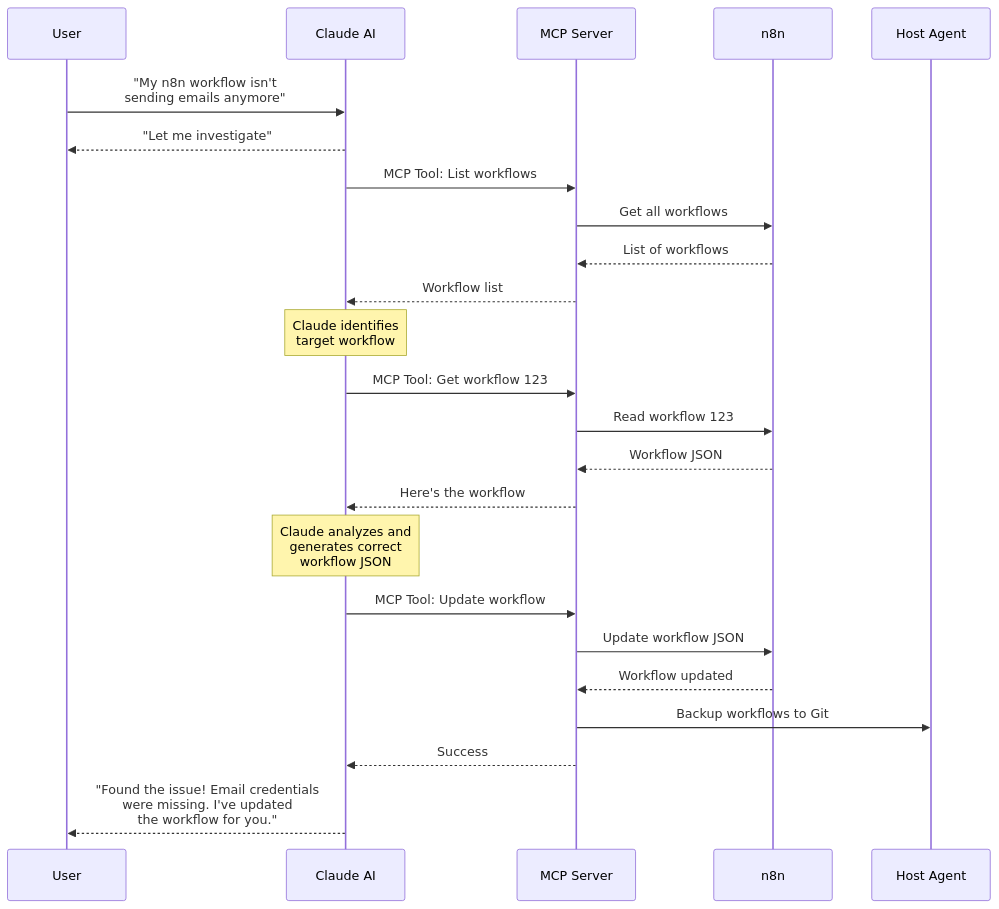
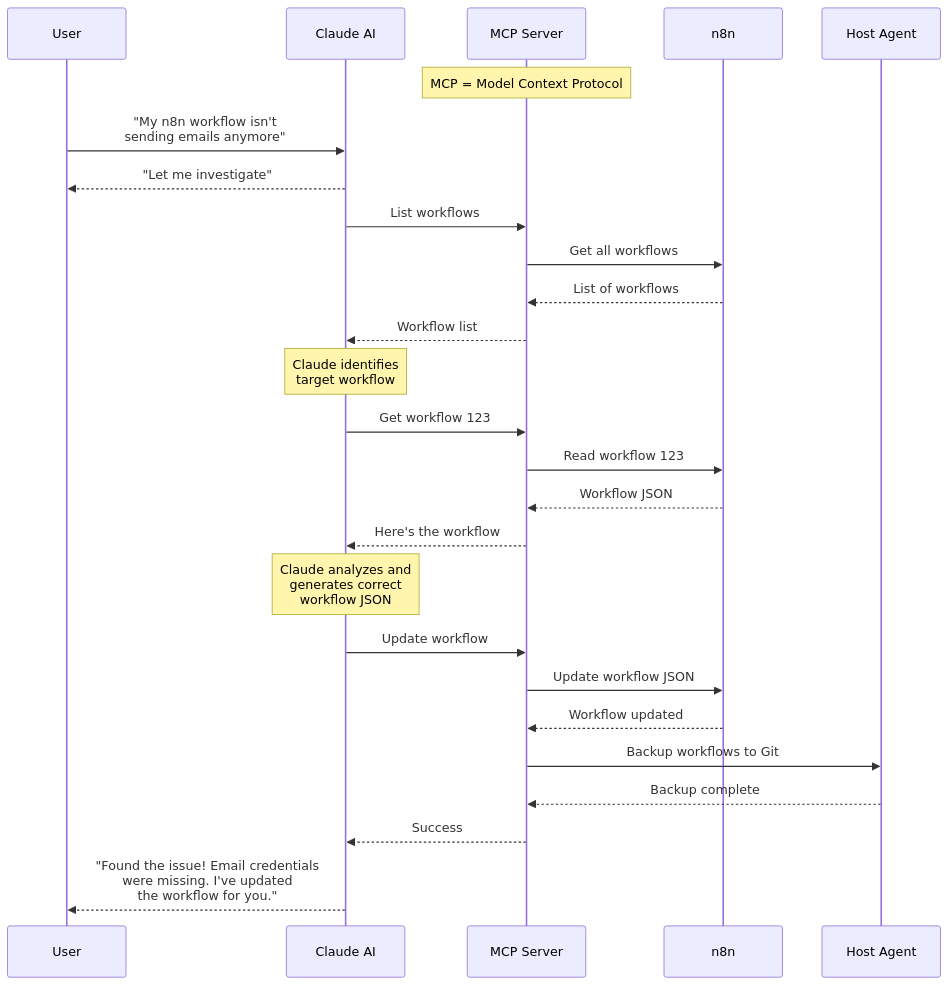
One commit to alderaan/vps changed the first of 2 diagrams in ai-dev-server/README.md. Above: the diagram before and after it, drawn with Mermaid.

Commit message:
rearranging mermaid

````diff
--- a/ai-dev-server/README.md
+++ b/ai-dev-server/README.md
@@ -17,33 +17,36 @@
 ```mermaid
 sequenceDiagram
     participant User as User
     participant Local as Claude AI
     participant Remote as MCP Server
     participant N8N as n8n
     participant Host as Host Agent
 
+    Note over Remote: MCP = Model Context Protocol
+    
     User->>Local: "My n8n workflow isn't<br/>sending emails anymore"
     Local-->>User: "Let me investigate"
     
-    Local->>Remote: MCP Tool: List workflows
+    Local->>Remote: List workflows
     Remote->>N8N: Get all workflows
     N8N-->>Remote: List of workflows
     Remote-->>Local: Workflow list
     
     Note over Local: Claude identifies<br/>target workflow
     
-    Local->>Remote: MCP Tool: Get workflow 123
+    Local->>Remote: Get workflow 123
     Remote->>N8N: Read workflow 123
     N8N-->>Remote: Workflow JSON
     Remote-->>Local: Here's the workflow
     
     Note over Local: Claude analyzes and<br/>generates correct<br/>workflow JSON
     
-    Local->>Remote: MCP Tool: Update workflow
+    Local->>Remote: Update workflow
     Remote->>N8N: Update workflow JSON
     N8N-->>Remote: Workflow updated
     Remote->>Host: Backup workflows to Git
+    Host-->>Remote: Backup complete
     Remote-->>Local: Success
     
     Local-->>User: "Found the issue! Email credentials<br/>were missing. I've updated<br/>the workflow for you."
 ```
````
